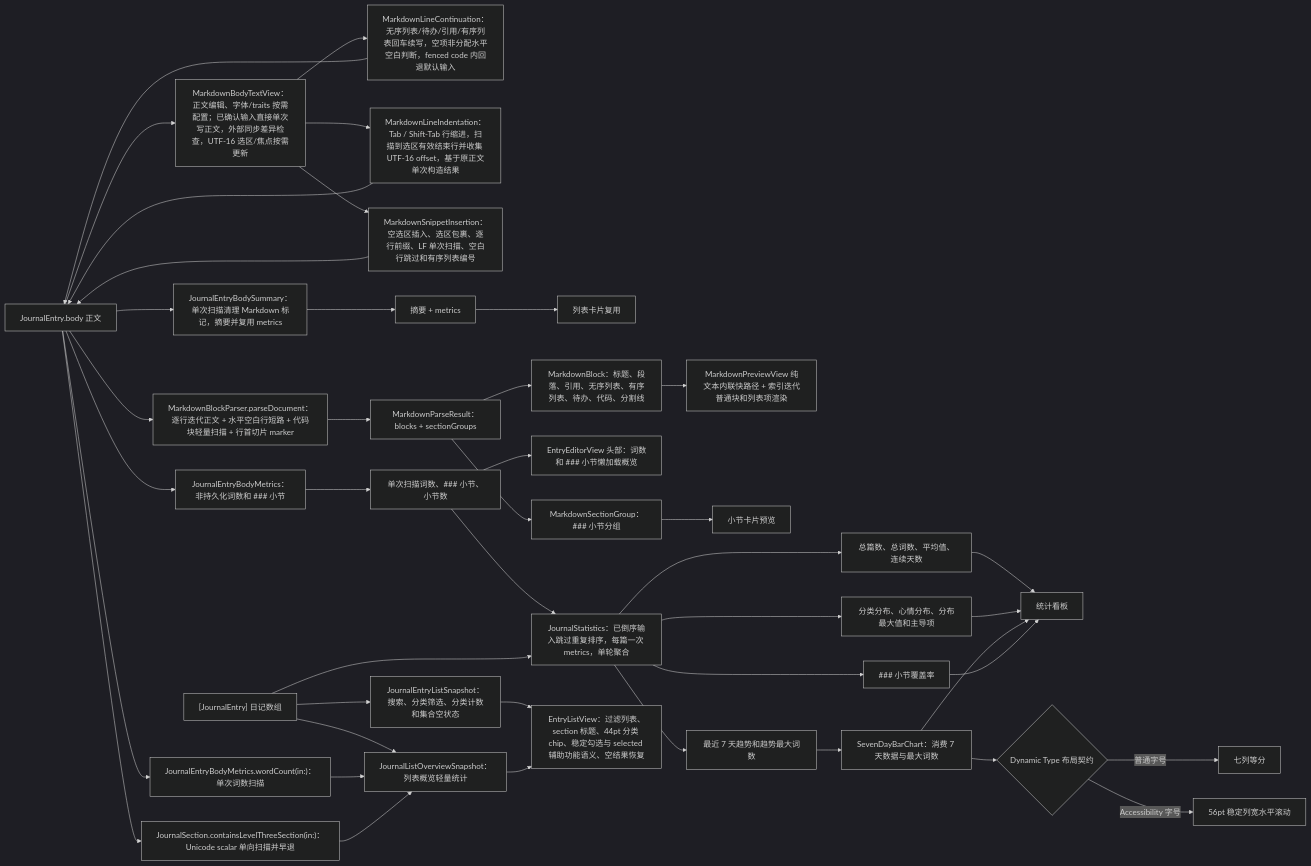
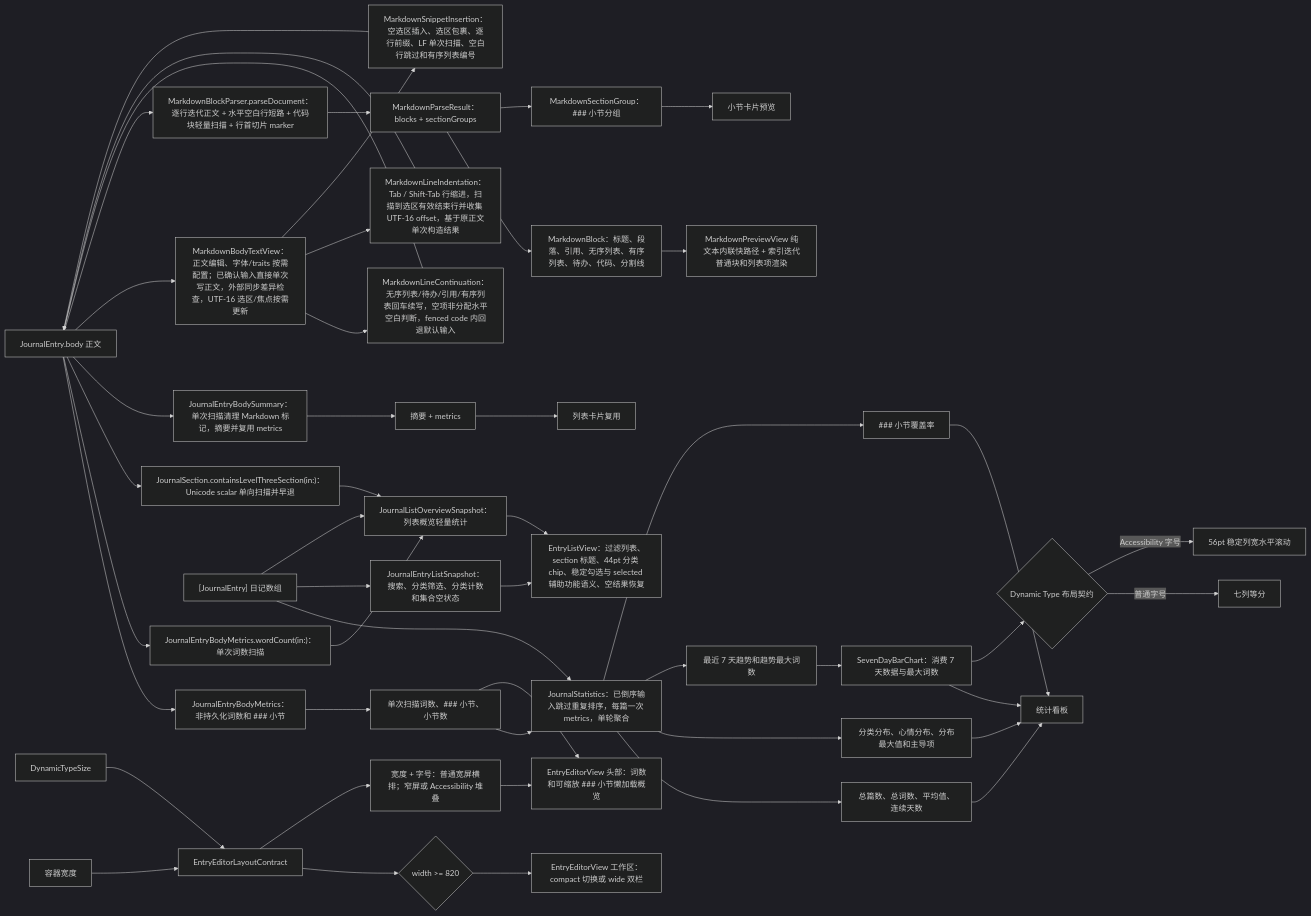
The fourth of 6 diagrams in md/flow/flowchart.md (Altman-sam114/117), drawn with Mermaid (dark theme) before and after one commit. The commit also changed 8 other files, not shown here.

````diff
--- a/md/flow/flowchart.md
+++ b/md/flow/flowchart.md
@@ -158,44 +158,50 @@
 ```mermaid
 flowchart LR
   Body["JournalEntry.body 正文"] --> MetricsNode2["JournalEntryBodyMetrics：非持久化词数和 ### 小节"]
   Body --> OverviewWordCount["JournalEntryBodyMetrics.wordCount(in:)：单次词数扫描"]
   Body --> SectionPresence2["JournalSection.containsLevelThreeSection(in:)：Unicode scalar 单向扫描并早退"]
   Body --> Summary["JournalEntryBodySummary：单次扫描清理 Markdown 标记，摘要并复用 metrics"]
   Body --> BodyText["MarkdownBodyTextView：正文编辑、字体/traits 按需配置；已确认输入直接单次写正文，外部同步差异检查，UTF-16 选区/焦点按需更新"]
   BodyText --> ContinueRule["MarkdownLineContinuation：无序列表/待办/引用/有序列表回车续写，空项非分配水平空白判断，fenced code 内回退默认输入"]
   ContinueRule --> Body
   BodyText --> IndentRule["MarkdownLineIndentation：Tab / Shift-Tab 行缩进，扫描到选区有效结束行并收集 UTF-16 offset，基于原正文单次构造结果"]
   IndentRule --> Body
   BodyText --> InsertRule["MarkdownSnippetInsertion：空选区插入、选区包裹、逐行前缀、LF 单次扫描、空白行跳过和有序列表编号"]
   InsertRule --> Body
   MetricsNode2 --> MetricsData["单次扫描词数、### 小节、小节数"]
   Summary --> Excerpt["摘要 + metrics"]
   Excerpt --> RowEditor["列表卡片复用"]
   MetricsData --> Statistics["JournalStatistics：已倒序输入跳过重复排序，每篇一次 metrics，单轮聚合"]
-  MetricsData --> EditorHeader["EntryEditorView 头部：词数和 ### 小节懒加载概览"]
+  EditorWidth["容器宽度"] --> EditorLayout["EntryEditorLayoutContract"]
+  EditorTypeSize["DynamicTypeSize"] --> EditorLayout
+  EditorLayout --> WorkspaceDecision{"width >= 820"}
+  WorkspaceDecision --> EditorWorkspace["EntryEditorView 工作区：compact 切换或 wide 双栏"]
+  EditorLayout --> HeaderDecision["宽度 + 字号：普通宽屏横排；窄屏或 Accessibility 堆叠"]
+  MetricsData --> EditorHeader["EntryEditorView 头部：词数和可缩放 ### 小节懒加载概览"]
+  HeaderDecision --> EditorHeader
   Body --> Parse["MarkdownBlockParser.parseDocument：逐行迭代正文 + 水平空白行短路 + 代码块轻量扫描 + 行首切片 marker"]
   Parse --> Result["MarkdownParseResult：blocks + sectionGroups"]
   Result --> Blocks["MarkdownBlock：标题、段落、引用、无序列表、有序列表、待办、代码、分割线"]
   Blocks --> Preview["MarkdownPreviewView 纯文本内联快路径 + 索引迭代普通块和列表项渲染"]
   Result --> Sections["MarkdownSectionGroup：### 小节分组"]
   Sections --> SectionPreview["小节卡片预览"]
   Entries["[JournalEntry] 日记数组"] --> Statistics
   Entries --> ListSnapshot2["JournalEntryListSnapshot：搜索、分类筛选、分类计数和集合空状态"]
   ListSnapshot2 --> ListView["EntryListView：过滤列表、section 标题、44pt 分类 chip、稳定勾选与 selected 辅助功能语义、空结果恢复"]
   Entries --> ListOverview2["JournalListOverviewSnapshot：列表概览轻量统计"]
   OverviewWordCount --> ListOverview2
   SectionPresence2 --> ListOverview2
   ListOverview2 --> ListView
   Statistics --> Metrics["总篇数、总词数、平均值、连续天数"]
   Statistics --> Distributions["分类分布、心情分布、分布最大值和主导项"]
   Statistics --> Trend["最近 7 天趋势和趋势最大词数"]
   Statistics --> Coverage["### 小节覆盖率"]
   Metrics --> Dashboard["统计看板"]
   Distributions --> Dashboard
   Trend --> TrendChart["SevenDayBarChart：消费 7 天数据与最大词数"]
   TrendChart --> Dashboard
   TrendChart --> TrendLayout2{"Dynamic Type 布局契约"}
   TrendLayout2 -- "普通字号" --> EqualTrend2["七列等分"]
   TrendLayout2 -- "Accessibility 字号" --> ScrollingTrend2["56pt 稳定列宽水平滚动"]
   Coverage --> Dashboard
 ```
````
